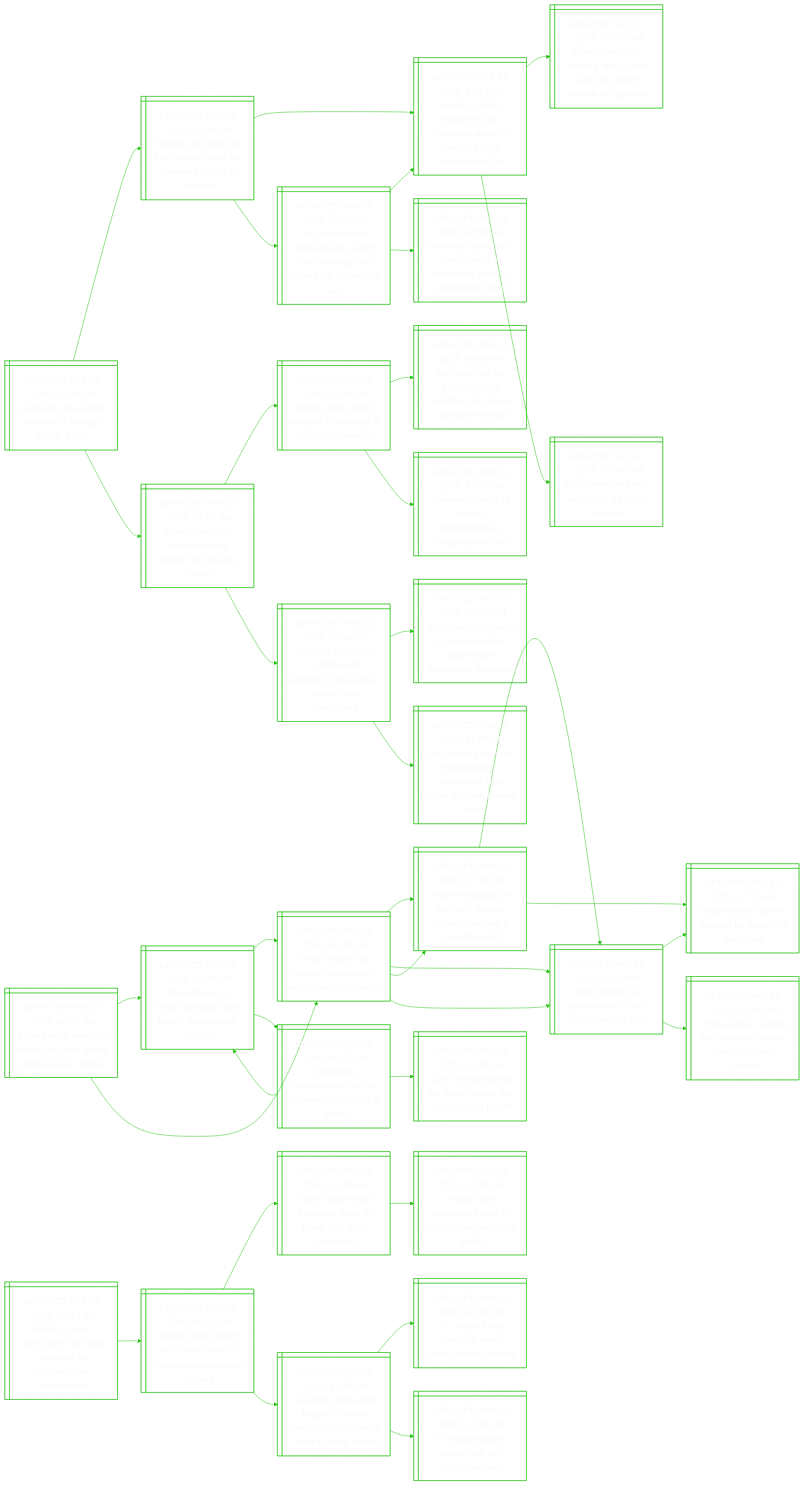
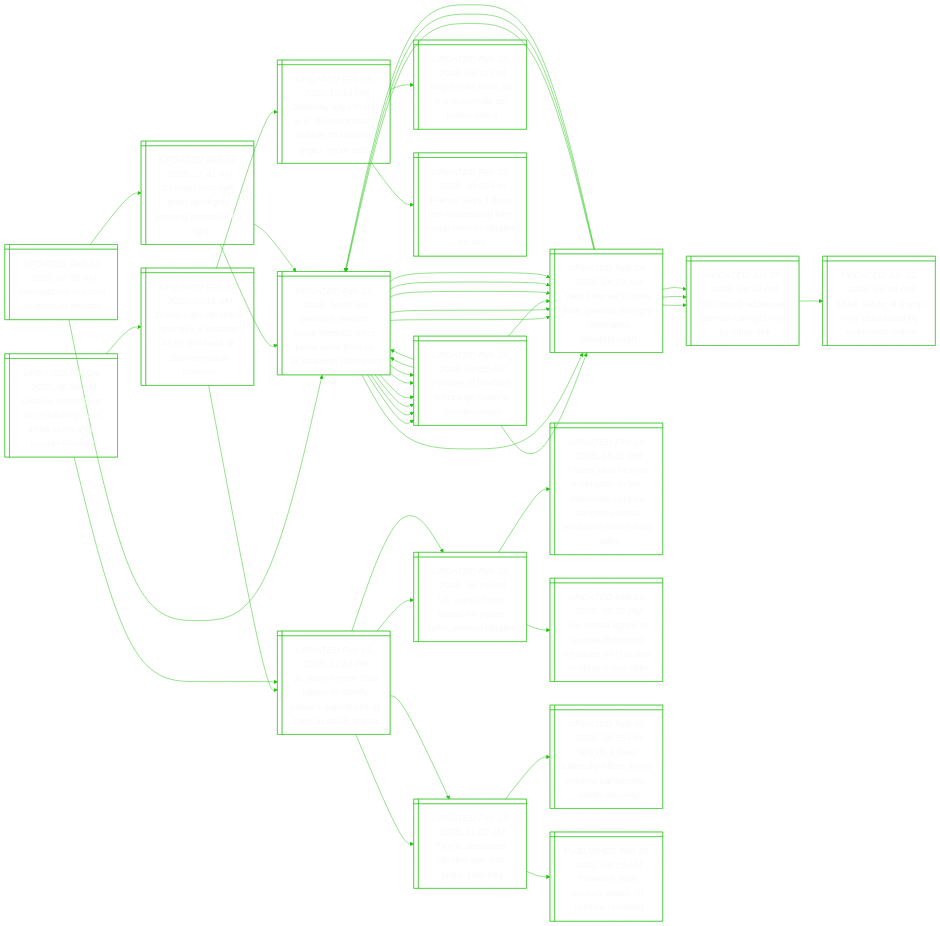
One commit to notJmes/notJmes changed the diagram in README.md. Above: the diagram before and after it, drawn with Mermaid. The commit also changed other lines of this file, not shown here.

````diff
--- a/README.md
+++ b/README.md
@@ -16,118 +16,139 @@
 flowchart LR
 classDef txtsize font-size:20px;
 
-Gneroahgm@{ shape: win-pane, label: "_UPDATED Feb 23, 2025, 11:36 PM_
-Germans vote under shadow of far-right surge, trump" }
-Mrhimrfamtii@{ shape: win-pane, label: "_UPDATED Feb 16, 2025, 05:34 AM_
-Mother and child die from injuries after car ramming attack in munich" }
-Nyipdagcubeac@{ shape: win-pane, label: "_UPDATED Feb 14, 2025, 11:14 AM_
-Nearly 30 hurt in suspected car ramming attack in munich before german election" }
-MsoatrrtwsLt@{ shape: win-pane, label: "_UPDATED Jan 30, 2025, 10:33 PM_
-Malaysian police arrest 5 after 2 cars ram into crowd outside kl nightclub" }
-Cetniirg@{ shape: win-pane, label: "_UPDATED Jan 20, 2025, 06:34 PM_
-China executes man who killed 35 in car rampage" }
-AnoosMhagiesos@{ shape: win-pane, label: "_UPDATED Feb 14, 2025, 08:27 PM_
-Afghan national confesses to munich car ramming that injured 36, prosecutor says" }
-Nyipdagcubeac@{ shape: win-pane, label: "_UPDATED Feb 14, 2025, 11:14 AM_
-Nearly 30 hurt in suspected car ramming attack in munich before german election" }
-Zspdecuaucrbs@{ shape: win-pane, label: "_UPDATED Feb 14, 2025, 08:04 AM_
-Zelensky expected to meet vance in munich as security conference begins" }
-SneBnbatlPe@{ shape: win-pane, label: "_UPDATED Feb 23, 2025, 01:59 AM_
-Syrian suspect in berlin stabbing wanted ‘to kill jews’: police" }
-Bncesibaotr@{ shape: win-pane, label: "_UPDATED Feb 22, 2025, 07:18 PM_
-Berlin police arrest suspect in stabbing at holocaust memorial" }
-Gnfioiigsaoc@{ shape: win-pane, label: "_UPDATED Feb 22, 2025, 06:09 PM_
-Germany set for tricky coalition building, poll shows ahead of election" }
-Gnnunnattlo@{ shape: win-pane, label: "_UPDATED Feb 22, 2025, 12:07 AM_
-Germany warns of russian disinformation targeting election" }
-Umketnmmsnodu@{ shape: win-pane, label: "_UPDATED Feb 04, 2025, 03:41 PM_
-Us forms task force to battle anti-semitism, focusing on schools and campuses" }
-Taitoedifaips@{ shape: win-pane, label: "_UPDATED Jan 30, 2025, 03:35 PM_
-Trump administration to cancel student visas of pro-palestinian protesters" }
-Ulbehtpsbifea@{ shape: win-pane, label: "_UPDATED Nov 13, 2024, 11:59 AM_
-Us colleges become flashpoints for protests on both sides of israel-hamas war" }
+GntiFreavositl@{ shape: win-pane, label: "_UPDATED Feb 24, 2025, 10:36 AM_
+German election victor friedrich merz plans pivot from us as coalition talks loom" }
+PiFreeyst@{ shape: win-pane, label: "_UPDATED Feb 24, 2025, 06:55 AM_
+Policies of friedrich merz's germany's conservatives" }
+Niletarcrbtg@{ shape: win-pane, label: "_UPDATED Feb 24, 2025, 04:19 AM_
+‘next time we’ll come first’: german far-right celebrates breakthrough" }
+Eudemrtydn@{ shape: win-pane, label: "_UPDATED Jan 26, 2025, 09:43 PM_
+Elon musk addresses german far-right rally by video link" }
+GntiFreavositl@{ shape: win-pane, label: "_UPDATED Feb 24, 2025, 10:36 AM_
+German election victor friedrich merz plans pivot from us as coalition talks loom" }
+GntiFreavositl@{ shape: win-pane, label: "_UPDATED Feb 24, 2025, 10:36 AM_
+German election victor friedrich merz plans pivot from us as coalition talks loom" }
+PiFreeyst@{ shape: win-pane, label: "_UPDATED Feb 24, 2025, 06:55 AM_
+Policies of friedrich merz's germany's conservatives" }
+Niletarcrbtg@{ shape: win-pane, label: "_UPDATED Feb 24, 2025, 04:19 AM_
+‘next time we’ll come first’: german far-right celebrates breakthrough" }
+Niletarcrbtg@{ shape: win-pane, label: "_UPDATED Feb 24, 2025, 04:19 AM_
+‘next time we’ll come first’: german far-right celebrates breakthrough" }
+Eudemrtydn@{ shape: win-pane, label: "_UPDATED Jan 26, 2025, 09:43 PM_
+Elon musk addresses german far-right rally by video link" }
+Maamleexin@{ shape: win-pane, label: "_UPDATED Jan 22, 2025, 05:46 PM_
+Musk salute at trump rally celebrated by extremists online" }
+GntiFreavositl@{ shape: win-pane, label: "_UPDATED Feb 24, 2025, 10:36 AM_
+German election victor friedrich merz plans pivot from us as coalition talks loom" }
+PiFreeyst@{ shape: win-pane, label: "_UPDATED Feb 24, 2025, 06:55 AM_
+Policies of friedrich merz's germany's conservatives" }
+Niletarcrbtg@{ shape: win-pane, label: "_UPDATED Feb 24, 2025, 04:19 AM_
+‘next time we’ll come first’: german far-right celebrates breakthrough" }
 
-Gneroahgm:::txtsize --> Mrhimrfamtii:::txtsize
-Mrhimrfamtii:::txtsize --> Nyipdagcubeac:::txtsize
-Nyipdagcubeac:::txtsize --> MsoatrrtwsLt:::txtsize
-Nyipdagcubeac:::txtsize --> Cetniirg:::txtsize
-Mrhimrfamtii:::txtsize --> AnoosMhagiesos:::txtsize
-AnoosMhagiesos:::txtsize --> Nyipdagcubeac:::txtsize
-AnoosMhagiesos:::txtsize --> Zspdecuaucrbs:::txtsize
-Gneroahgm:::txtsize --> SneBnbatlPe:::txtsize
-SneBnbatlPe:::txtsize --> Bncesibaotr:::txtsize
-Bncesibaotr:::txtsize --> Gnfioiigsaoc:::txtsize
-Bncesibaotr:::txtsize --> Gnnunnattlo:::txtsize
-SneBnbatlPe:::txtsize --> Umketnmmsnodu:::txtsize
-Umketnmmsnodu:::txtsize --> Taitoedifaips:::txtsize
-Umketnmmsnodu:::txtsize --> Ulbehtpsbifea:::txtsize
+GntiFreavositl:::txtsize --> PiFreeyst:::txtsize
+PiFreeyst:::txtsize --> Niletarcrbtg:::txtsize
+Niletarcrbtg:::txtsize --> Eudemrtydn:::txtsize
+Niletarcrbtg:::txtsize --> GntiFreavositl:::txtsize
+PiFreeyst:::txtsize --> GntiFreavositl:::txtsize
+GntiFreavositl:::txtsize --> PiFreeyst:::txtsize
+GntiFreavositl:::txtsize --> Niletarcrbtg:::txtsize
+GntiFreavositl:::txtsize --> Niletarcrbtg:::txtsize
+Niletarcrbtg:::txtsize --> Eudemrtydn:::txtsize
+Eudemrtydn:::txtsize --> Maamleexin:::txtsize
+Niletarcrbtg:::txtsize --> GntiFreavositl:::txtsize
+GntiFreavositl:::txtsize --> PiFreeyst:::txtsize
+GntiFreavositl:::txtsize --> Niletarcrbtg:::txtsize
 
-Prsiilagdsan@{ shape: win-pane, label: "_UPDATED Feb 24, 2025, 06:29 AM_
-Pope francis remains critical and has ‘slight’ kidney issue: vatican" }
-Prsiliahhrtt@{ shape: win-pane, label: "_UPDATED Feb 23, 2025, 06:09 PM_
-Pope francis in critical condition after health deteriorates: vatican" }
-Prsopohet@{ shape: win-pane, label: "_UPDATED Feb 19, 2025, 08:34 PM_
-Pope francis has double pneumonia - what does that mean?" }
-Prihnieiaei@{ shape: win-pane, label: "_UPDATED Feb 19, 2025, 07:10 PM_
-Pope ‘breathing on his own’ despite pneumonia, had a ‘peaceful night’" }
-Prsnnbuan@{ shape: win-pane, label: "_UPDATED Feb 19, 2025, 04:29 PM_
-Pope francis has pneumonia in both lungs, vatican says" }
-Sprocfafill@{ shape: win-pane, label: "_UPDATED Feb 23, 2025, 06:33 PM_
-Singapore archdiocese calls for prayers for critically ill pope" }
-Prsiliahhrtt@{ shape: win-pane, label: "_UPDATED Feb 23, 2025, 06:09 PM_
-Pope francis in critical condition after health deteriorates: vatican" }
-LAcyPrsesti@{ shape: win-pane, label: "_UPDATED Feb 23, 2025, 11:32 AM_
-Latin america prays for pope francis, the region’s first pontiff" }
-Prsopohet@{ shape: win-pane, label: "_UPDATED Feb 19, 2025, 08:34 PM_
-Pope francis has double pneumonia - what does that mean?" }
-Prihnieiaei@{ shape: win-pane, label: "_UPDATED Feb 19, 2025, 07:10 PM_
-Pope ‘breathing on his own’ despite pneumonia, had a ‘peaceful night’" }
-Prsnnbuan@{ shape: win-pane, label: "_UPDATED Feb 19, 2025, 04:29 PM_
-Pope francis has pneumonia in both lungs, vatican says" }
-Prsnslrire@{ shape: win-pane, label: "_UPDATED Feb 14, 2025, 07:10 PM_
-Pope francis taken to hospital for bronchitis treatment" }
-Prsnnbuan@{ shape: win-pane, label: "_UPDATED Feb 19, 2025, 04:29 PM_
-Pope francis has pneumonia in both lungs, vatican says" }
-Prsnslrire@{ shape: win-pane, label: "_UPDATED Feb 14, 2025, 07:10 PM_
-Pope francis taken to hospital for bronchitis treatment" }
-Parnwnnnesc@{ shape: win-pane, label: "_UPDATED Feb 19, 2025, 03:26 AM_
-Pope eating, reading but weekend events cancelled, says vatican" }
+Innanrlo@{ shape: win-pane, label: "_UPDATED Feb 24, 2025, 07:58 AM_
+International reaction to german election" }
+GntiFreavositl@{ shape: win-pane, label: "_UPDATED Feb 24, 2025, 10:36 AM_
+German election victor friedrich merz plans pivot from us as coalition talks loom" }
+PiFreeyst@{ shape: win-pane, label: "_UPDATED Feb 24, 2025, 06:55 AM_
+Policies of friedrich merz's germany's conservatives" }
+Niletarcrbtg@{ shape: win-pane, label: "_UPDATED Feb 24, 2025, 04:19 AM_
+‘next time we’ll come first’: german far-right celebrates breakthrough" }
+GntiFreavositl@{ shape: win-pane, label: "_UPDATED Feb 24, 2025, 10:36 AM_
+German election victor friedrich merz plans pivot from us as coalition talks loom" }
+Niletarcrbtg@{ shape: win-pane, label: "_UPDATED Feb 24, 2025, 04:19 AM_
+‘next time we’ll come first’: german far-right celebrates breakthrough" }
+Eudemrtydn@{ shape: win-pane, label: "_UPDATED Jan 26, 2025, 09:43 PM_
+Elon musk addresses german far-right rally by video link" }
+GntiFreavositl@{ shape: win-pane, label: "_UPDATED Feb 24, 2025, 10:36 AM_
+German election victor friedrich merz plans pivot from us as coalition talks loom" }
+Gnboohoalrt@{ shape: win-pane, label: "_UPDATED Feb 24, 2025, 11:41 AM_
+German ‘rust belt’ town spotlights growing appeal of far right" }
+GntiFreavositl@{ shape: win-pane, label: "_UPDATED Feb 24, 2025, 10:36 AM_
+German election victor friedrich merz plans pivot from us as coalition talks loom" }
+PiFreeyst@{ shape: win-pane, label: "_UPDATED Feb 24, 2025, 06:55 AM_
+Policies of friedrich merz's germany's conservatives" }
+Niletarcrbtg@{ shape: win-pane, label: "_UPDATED Feb 24, 2025, 04:19 AM_
+‘next time we’ll come first’: german far-right celebrates breakthrough" }
+GntiFreavositl@{ shape: win-pane, label: "_UPDATED Feb 24, 2025, 10:36 AM_
+German election victor friedrich merz plans pivot from us as coalition talks loom" }
+PiFreeyst@{ shape: win-pane, label: "_UPDATED Feb 24, 2025, 06:55 AM_
+Policies of friedrich merz's germany's conservatives" }
+Niletarcrbtg@{ shape: win-pane, label: "_UPDATED Feb 24, 2025, 04:19 AM_
+‘next time we’ll come first’: german far-right celebrates breakthrough" }
 
-Prsiilagdsan:::txtsize --> Prsiliahhrtt:::txtsize
-Prsiliahhrtt:::txtsize --> Prsopohet:::txtsize
-Prsopohet:::txtsize --> Prihnieiaei:::txtsize
-Prsopohet:::txtsize --> Prsnnbuan:::txtsize
-Prsiliahhrtt:::txtsize --> Sprocfafill:::txtsize
-Sprocfafill:::txtsize --> Prsiliahhrtt:::txtsize
-Sprocfafill:::txtsize --> LAcyPrsesti:::txtsize
-Prsiilagdsan:::txtsize --> Prsopohet:::txtsize
-Prsopohet:::txtsize --> Prihnieiaei:::txtsize
-Prihnieiaei:::txtsize --> Prsnnbuan:::txtsize
-Prihnieiaei:::txtsize --> Prsnslrire:::txtsize
-Prsopohet:::txtsize --> Prsnnbuan:::txtsize
-Prsnnbuan:::txtsize --> Prsnslrire:::txtsize
-Prsnnbuan:::txtsize --> Parnwnnnesc:::txtsize
+Innanrlo:::txtsize --> GntiFreavositl:::txtsize
+GntiFreavositl:::txtsize --> PiFreeyst:::txtsize
+PiFreeyst:::txtsize --> Niletarcrbtg:::txtsize
+PiFreeyst:::txtsize --> GntiFreavositl:::txtsize
+GntiFreavositl:::txtsize --> Niletarcrbtg:::txtsize
+Niletarcrbtg:::txtsize --> Eudemrtydn:::txtsize
+Niletarcrbtg:::txtsize --> GntiFreavositl:::txtsize
+Innanrlo:::txtsize --> Gnboohoalrt:::txtsize
+Gnboohoalrt:::txtsize --> GntiFreavositl:::txtsize
+GntiFreavositl:::txtsize --> PiFreeyst:::txtsize
+GntiFreavositl:::txtsize --> Niletarcrbtg:::txtsize
+Gnboohoalrt:::txtsize --> GntiFreavositl:::txtsize
+GntiFreavositl:::txtsize --> PiFreeyst:::txtsize
+GntiFreavositl:::txtsize --> Niletarcrbtg:::txtsize
 
-DsTgoacteini@{ shape: win-pane, label: "_UPDATED Feb 23, 2025, 10:10 AM_
-‘daddy’s home’: trump gets rock star welcome at conservative convention" }
-Tsthaoonrrg@{ shape: win-pane, label: "_UPDATED Feb 20, 2025, 05:32 PM_
-Trump’s first month: is he any closer to making america great again?" }
-Tsoeralcfre@{ shape: win-pane, label: "_UPDATED Feb 19, 2025, 09:20 AM_
-Trump signs order exploring ways to lower cost of ivf treatments" }
-Tuxiwrtnons@{ shape: win-pane, label: "_UPDATED Jan 25, 2025, 03:57 PM_
-Trump uses executive power to reinstate anti-abortion pacts" }
+Unmaagsesrivn@{ shape: win-pane, label: "_UPDATED Feb 24, 2025, 06:56 AM_
+Ukraine hemmed in as us backing frays three years after russian invasion" }
+TcUnlytaicioiis@{ shape: win-pane, label: "_UPDATED Feb 21, 2025, 12:19 AM_
+Trump calls ukraine’s zelensky a ‘dictator’ as he hits back at ‘disinformation’ criticism" }
 Umehtiusrnanii@{ shape: win-pane, label: "_UPDATED Feb 19, 2025, 11:33 PM_
 Us seems more than happy to satisfy russia’s aspirations at talks in saudi arabia" }
 Usreptwua@{ shape: win-pane, label: "_UPDATED Feb 19, 2025, 06:15 PM_
 Us, russia forge ahead on peace talks, without ukraine" }
 Tdskeitly@{ shape: win-pane, label: "_UPDATED Feb 13, 2025, 11:02 AM_
 Trump discusses ukraine war with putin, zelensky" }
+Zsymnnaberumr@{ shape: win-pane, label: "_UPDATED Feb 19, 2025, 10:14 PM_
+Zelensky says trump is in ‘disinformation’ bubble on ukraine, urges ‘more truth’" }
+Mrlspdupy@{ shape: win-pane, label: "_UPDATED Feb 19, 2025, 03:12 PM_
+Major risks loom as trump upends us’ russia policy" }
+Feisnthmmrfr@{ shape: win-pane, label: "_UPDATED Feb 19, 2025, 10:06 PM_
+France says it does not understand why trump blames ukraine for war" }
+Umehtiusrnanii@{ shape: win-pane, label: "_UPDATED Feb 19, 2025, 11:33 PM_
+Us seems more than happy to satisfy russia’s aspirations at talks in saudi arabia" }
+Usreptwua@{ shape: win-pane, label: "_UPDATED Feb 19, 2025, 06:15 PM_
+Us, russia forge ahead on peace talks, without ukraine" }
+TseetFseaonulnRas@{ shape: win-pane, label: "_UPDATED Feb 19, 2025, 05:01 PM_
+Trump says he may meet putin in feb, dismisses ukraine concerns about exclusion from russia talks" }
+Usrrrlisasprwl@{ shape: win-pane, label: "_UPDATED Feb 19, 2025, 03:38 PM_
+Us, russia agree to restore diplomatic missions as first step in ukraine war talks" }
+Tdskeitly@{ shape: win-pane, label: "_UPDATED Feb 13, 2025, 11:02 AM_
+Trump discusses ukraine war with putin, zelensky" }
+LolnfTmathecy@{ shape: win-pane, label: "_UPDATED Feb 08, 2025, 08:55 PM_
+‘let’s do a deal’: zelensky offers trump mineral partnership, seeks security" }
+Tiwitnifd@{ shape: win-pane, label: "_PUBLISHED Feb 25, 2022, 08:15 AM_
+Timeline: how russia's attack on ukraine unfolded" }
 
-DsTgoacteini:::txtsize --> Tsthaoonrrg:::txtsize
-Tsthaoonrrg:::txtsize --> Tsoeralcfre:::txtsize
-Tsoeralcfre:::txtsize --> Tuxiwrtnons:::txtsize
-Tsthaoonrrg:::txtsize --> Umehtiusrnanii:::txtsize
+Unmaagsesrivn:::txtsize --> TcUnlytaicioiis:::txtsize
+TcUnlytaicioiis:::txtsize --> Umehtiusrnanii:::txtsize
 Umehtiusrnanii:::txtsize --> Usreptwua:::txtsize
 Umehtiusrnanii:::txtsize --> Tdskeitly:::txtsize
+TcUnlytaicioiis:::txtsize --> Zsymnnaberumr:::txtsize
+Zsymnnaberumr:::txtsize --> Mrlspdupy:::txtsize
+Zsymnnaberumr:::txtsize --> Feisnthmmrfr:::txtsize
+Unmaagsesrivn:::txtsize --> Umehtiusrnanii:::txtsize
+Umehtiusrnanii:::txtsize --> Usreptwua:::txtsize
+Usreptwua:::txtsize --> TseetFseaonulnRas:::txtsize
+Usreptwua:::txtsize --> Usrrrlisasprwl:::txtsize
+Umehtiusrnanii:::txtsize --> Tdskeitly:::txtsize
+Tdskeitly:::txtsize --> LolnfTmathecy:::txtsize
+Tdskeitly:::txtsize --> Tiwitnifd:::txtsize
 
 ```
````
